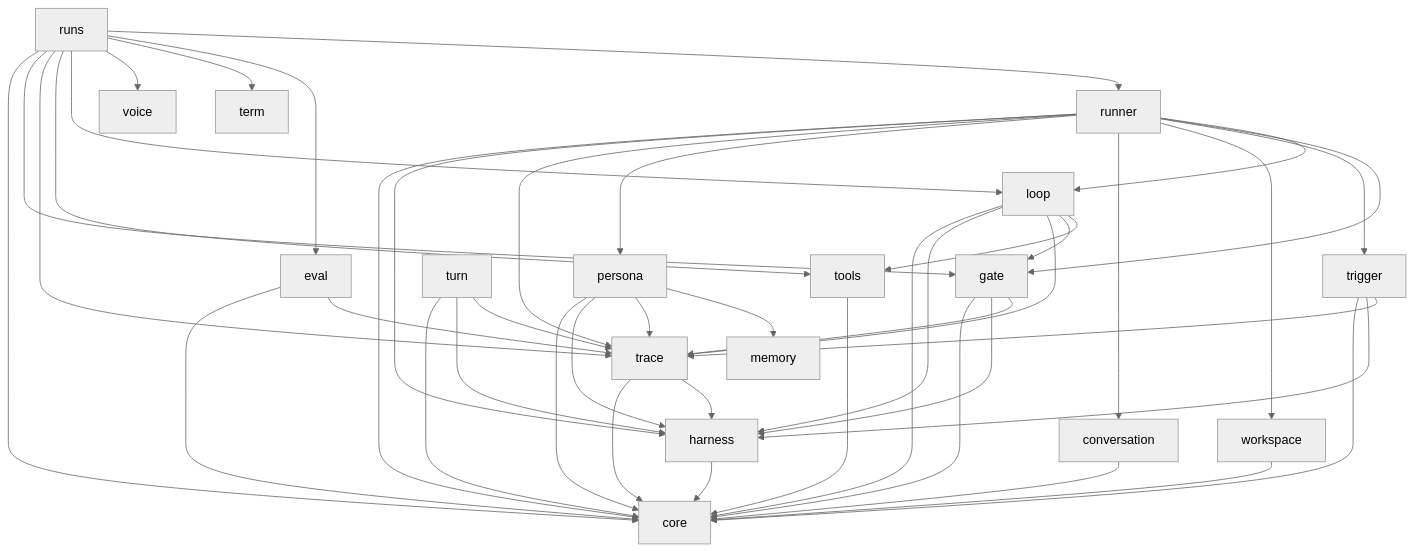
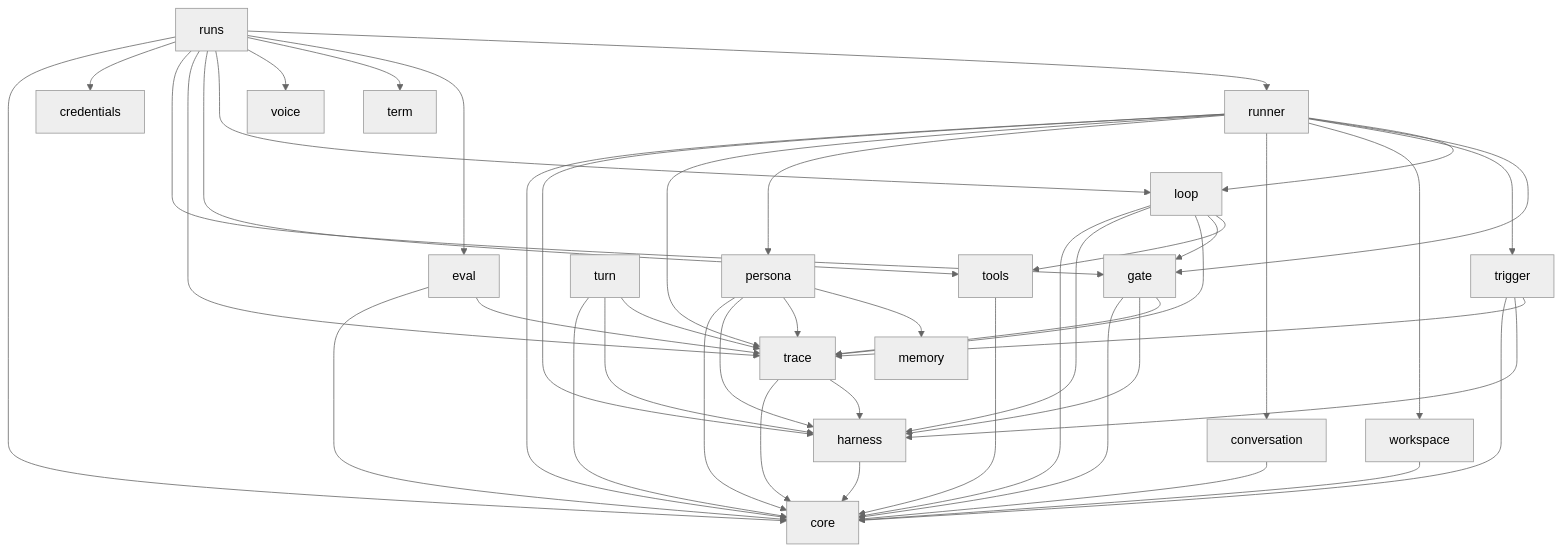
Before and after one commit to marromugi/mg: the diagram in README.md, drawn with Mermaid (neutral theme). The commit also changed other lines of this file and 17 other files, not shown here.

````diff
--- a/README.md
+++ b/README.md
@@ -93,47 +94,48 @@
 ```mermaid
 graph TD
   runs --> runner
   runs --> eval
   runs --> term
   runs --> voice
   runs --> loop
   runs --> tools
   runs --> trace
   runs --> gate
+  runs --> credentials
   runs --> core
   runner --> loop
   runner --> gate
   runner --> trigger
   runner --> workspace
   runner --> conversation
   runner --> persona
   runner --> trace
   runner --> harness
   runner --> core
   loop --> tools
   loop --> gate
   loop --> trace
   loop --> harness
   loop --> core
   persona --> memory
   persona --> trace
   persona --> harness
   persona --> core
   gate --> trace
   gate --> harness
   gate --> core
   trigger --> trace
   trigger --> harness
   trigger --> core
   turn --> trace
   turn --> harness
   turn --> core
   eval --> trace
   eval --> core
   trace --> harness
   trace --> core
   harness --> core
   tools --> core
   workspace --> core
   conversation --> core
 ```
````
